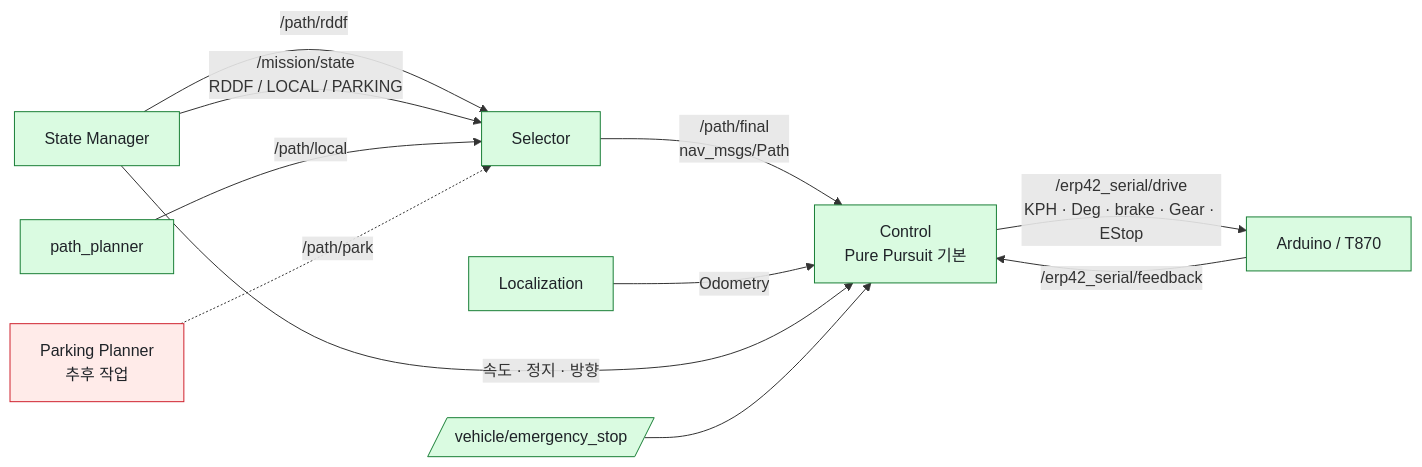
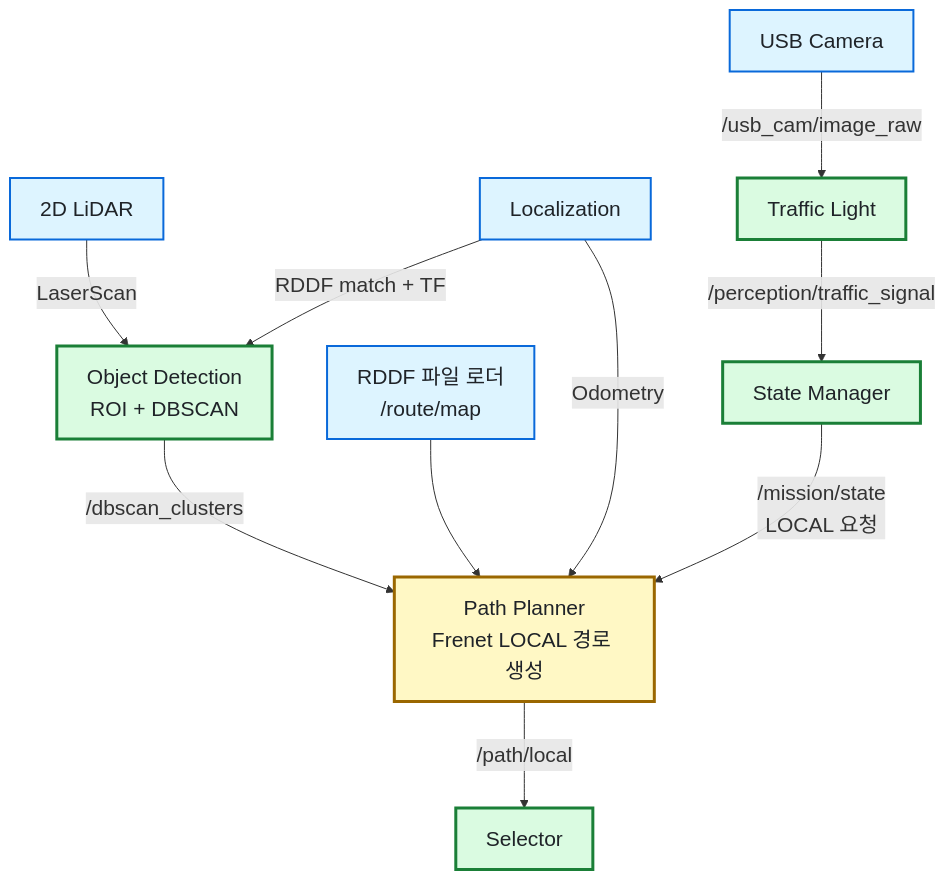
Before and after one commit to Team-Stier/HL-FMA-1-5-2026: the third of 3 diagrams in docs/architecture.md, drawn with Mermaid. The commit also changed other lines of this file, not shown here.

Commit message:
docs: clarify path flow and pure pursuit

````diff
--- a/docs/architecture.md
+++ b/docs/architecture.md
@@ -68,17 +99,19 @@
 ```mermaid
-flowchart LR
-    classDef ready fill:#dafbe1,stroke:#1a7f37,color:#1f2328
-    classDef later fill:#ffebe9,stroke:#cf222e,color:#1f2328
+%%{init: {"flowchart": {"htmlLabels": true, "nodeSpacing": 55, "rankSpacing": 75}, "themeVariables": {"fontSize": "21px"}}}%%
+flowchart TB
+    classDef sensor fill:#ddf4ff,stroke:#0969da,stroke-width:2px,color:#1f2328
+    classDef active fill:#dafbe1,stroke:#1a7f37,stroke-width:3px,color:#1f2328
+    classDef planner fill:#fff8c5,stroke:#9a6700,stroke-width:3px,color:#1f2328
 
-    SM[State Manager]:::ready -->|/path/rddf| SEL[Selector]:::ready
-    SM -->|/mission/state<br/>RDDF / LOCAL / PARKING| SEL
-    LOCAL[path_planner]:::ready -->|/path/local| SEL
-    PARK[Parking Planner<br/>추후 작업]:::later -.->|/path/park| SEL
+    CAMERA["USB Camera"]:::sensor -->|/usb_cam/image_raw| TL["Traffic Light"]:::active
+    TL -->|/perception/traffic_signal| SM["State Manager"]:::active
 
-    SEL -->|/path/final<br/>nav_msgs/Path| PP[Control<br/>Pure Pursuit 기본]:::ready
-    LOC[Localization]:::ready -->|Odometry| PP
-    SM -->|속도 · 정지 · 방향| PP
-    ESTOP[/vehicle/emergency_stop/]:::ready --> PP
-    MCU[Arduino / T870]:::ready -->|/erp42_serial/feedback| PP
-    PP -->|/erp42_serial/drive<br/>KPH · Deg · brake · Gear · EStop| MCU
+    LIDAR["2D LiDAR"]:::sensor -->|LaserScan| OD["Object Detection<br/>ROI + DBSCAN"]:::active
+    LOC["Localization"]:::sensor -->|RDDF match + TF| OD
+    OD -->|/dbscan_clusters| LP["Path Planner<br/>Frenet LOCAL 경로 생성"]:::planner
+
+    MAP["RDDF 파일 로더<br/>/route/map"]:::sensor --> LP
+    LOC -->|Odometry| LP
+    SM -->|/mission/state<br/>LOCAL 요청| LP
+    LP -->|/path/local| SEL["Selector"]:::active
 ```
````
